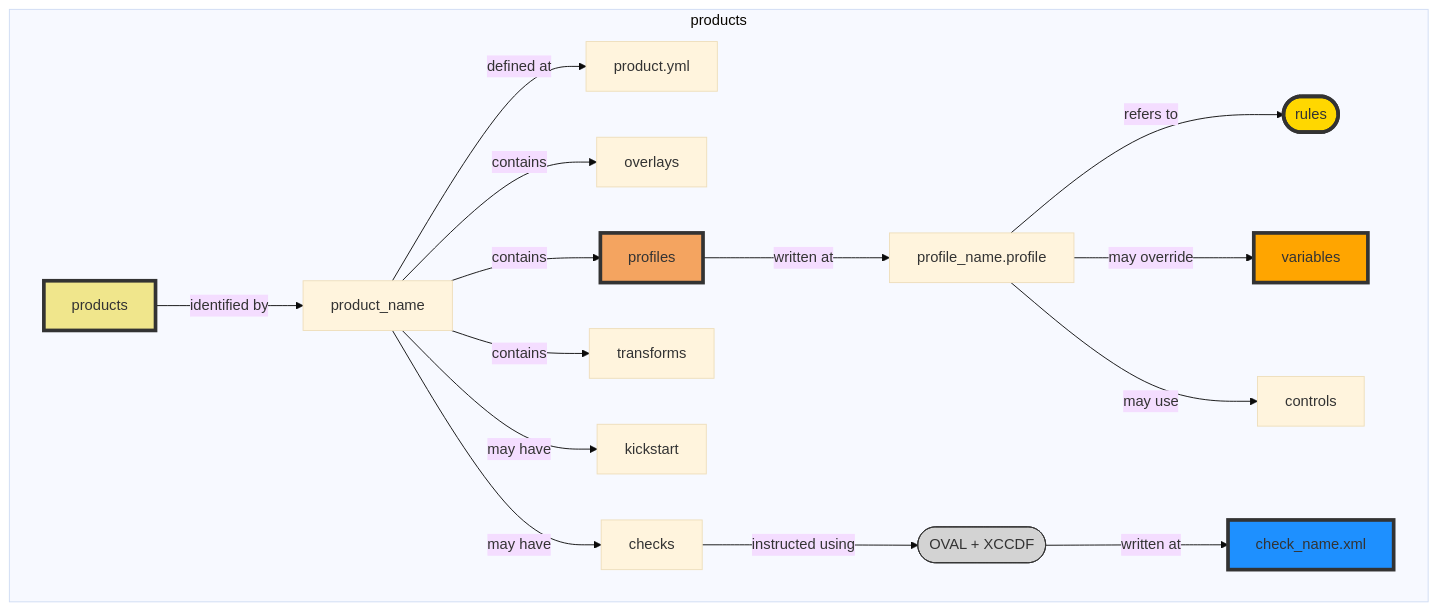
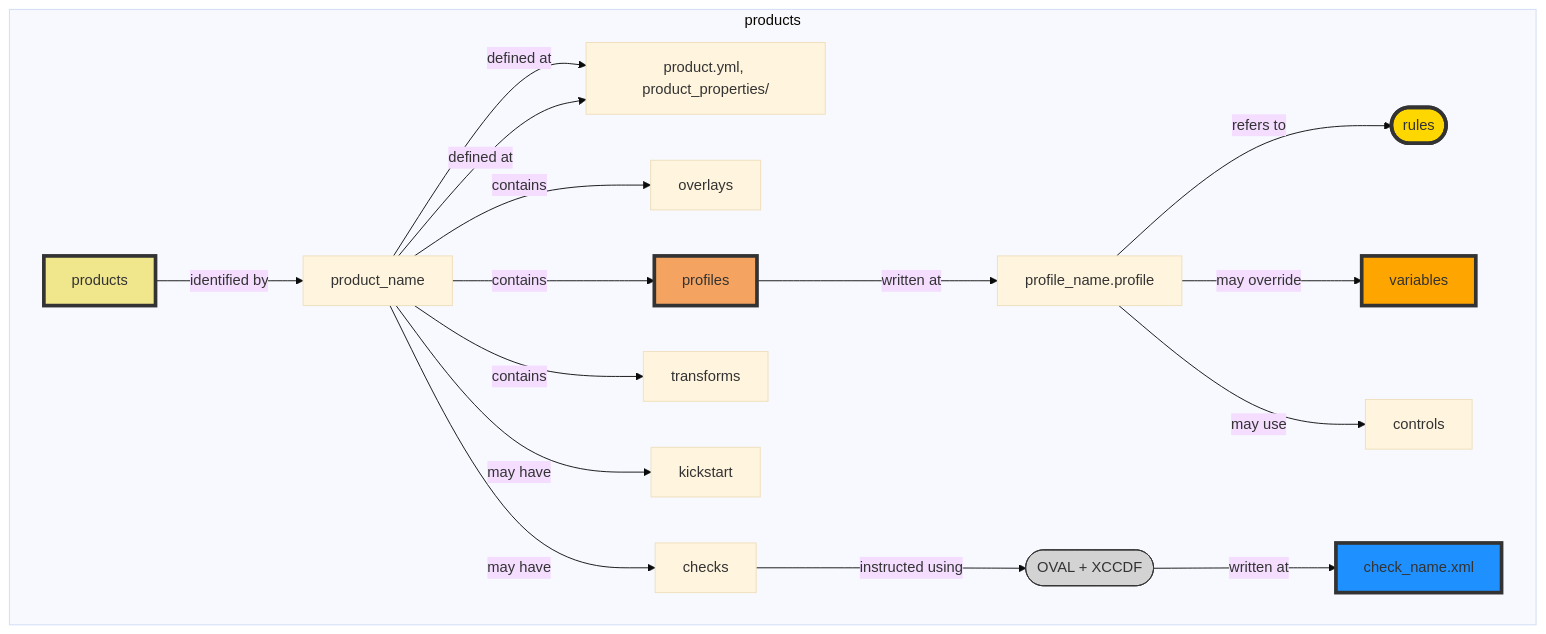
The diagram in docs/flowcharts/flowchart_products.md (ComplianceAsCode/content), drawn with Mermaid (base theme) before and after one commit. The commit also changed 3 other files, not shown here.

Commit message:
Document product properties

```diff
--- a/docs/flowcharts/flowchart_products.md
+++ b/docs/flowcharts/flowchart_products.md
@@ -9,24 +9,25 @@
 <div class="mermaid" style="width=100%;">
 flowchart TD
     subgraph products
     60[products] --> |identified by| 61[product_name]
         61[product_name] --> |defined at| 62[product.yml]
+        61[product_properties] --> |defined at| 62[product.yml, product_properties/]
         61[product_name] --> |contains| 63[overlays]
         61[product_name] --> |contains| 64[profiles]
             64[profiles] --> |written at| 65[profile_name.profile]
                 65[profile_name.profile] --> |refers to| 66([rules])
                 65[profile_name.profile] --> |may override| 67[variables]
                 65[profile_name.profile] --> |may use| 68[controls]
         61[product_name] --> |contains| 69[transforms]
         61[product_name] --> |may have| 70[kickstart]
         61[product_name] --> |may have| 71[checks]
             71[checks] --> |instructed using| 72([OVAL + XCCDF])
                 72([OVAL + XCCDF]) --> |written at| 73[check_name.xml]
     end
     style 60 fill: #F0E68C,stroke:#333,stroke-width:4px
     style 64 fill: #F4A460,stroke:#333,stroke-width:4px
     style 66 fill: #FFD700,stroke:#333,stroke-width:4px
     style 67 fill: #FFA500,stroke:#333,stroke-width:4px
     style 72 fill: #D3D3D3,stroke:#333
     style 73 fill: #1E90FF,stroke:#333,stroke-width:4px
 </div>
```
